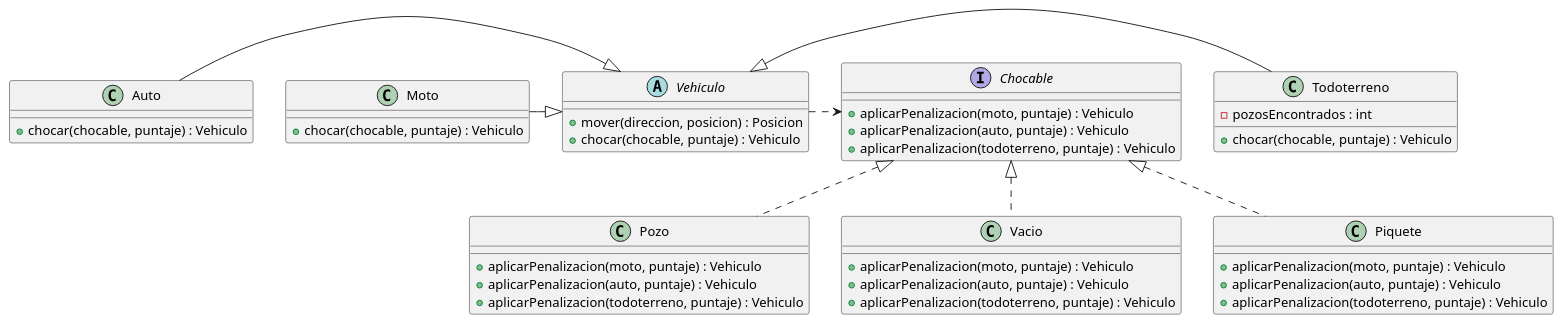
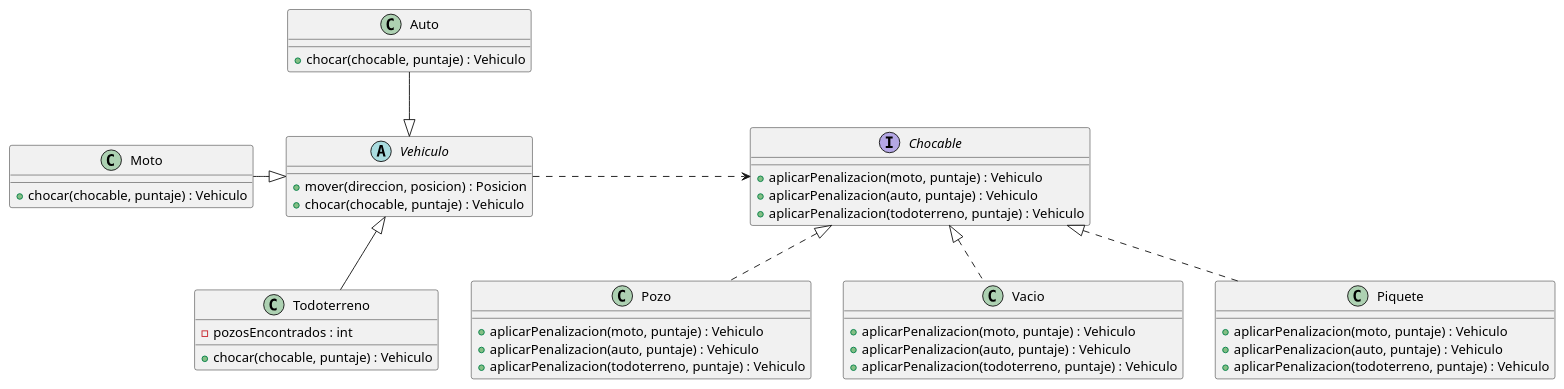
The diagram in diagrams/classes/diagrama_interfaces.puml (NestorPala/T17-GPSChallenge), drawn with PlantUML before and after one commit. The commit also changed 2 other files, not shown here.

Commit message:
Actualizo diagrama de secuencia

```diff
--- a/diagrams/classes/diagrama_interfaces.puml
+++ b/diagrams/classes/diagrama_interfaces.puml
@@ -1,59 +1,59 @@
 @startuml
 
 
 class Pozo {
     +  aplicarPenalizacion(moto, puntaje) : Vehiculo
     +  aplicarPenalizacion(auto, puntaje) : Vehiculo
     +  aplicarPenalizacion(todoterreno, puntaje) : Vehiculo
 }
 
 class Vacio {
     +  aplicarPenalizacion(moto, puntaje) : Vehiculo
     +  aplicarPenalizacion(auto, puntaje) : Vehiculo
     +  aplicarPenalizacion(todoterreno, puntaje) : Vehiculo
 }
 
 class Piquete { 
     +  aplicarPenalizacion(moto, puntaje) : Vehiculo
     +  aplicarPenalizacion(auto, puntaje) : Vehiculo
     +  aplicarPenalizacion(todoterreno, puntaje) : Vehiculo
 }
 
 class Auto {
     + chocar(chocable, puntaje) : Vehiculo
 }
 
 class Moto {
     + chocar(chocable, puntaje) : Vehiculo
 }
 
 class Todoterreno {
     - pozosEncontrados : int
     + chocar(chocable, puntaje) : Vehiculo
 }
 
 abstract class Vehiculo {
     + mover(direccion, posicion) : Posicion
     + chocar(chocable, puntaje) : Vehiculo
 }
 
 interface Chocable {
     + aplicarPenalizacion(moto, puntaje) : Vehiculo
     + aplicarPenalizacion(auto, puntaje) : Vehiculo
     + aplicarPenalizacion(todoterreno, puntaje) : Vehiculo
 }
 
 Chocable <|.. Pozo
 Chocable <|.. Vacio
 Chocable <|.. Piquete
 
-Vehiculo <|- Todoterreno
-Auto -|> Vehiculo
+Vehiculo <|-- Todoterreno
+Auto --|> Vehiculo
 Moto -|> Vehiculo
 
 Vehiculo .> Chocable
 
 
 
 
 @enduml
```
